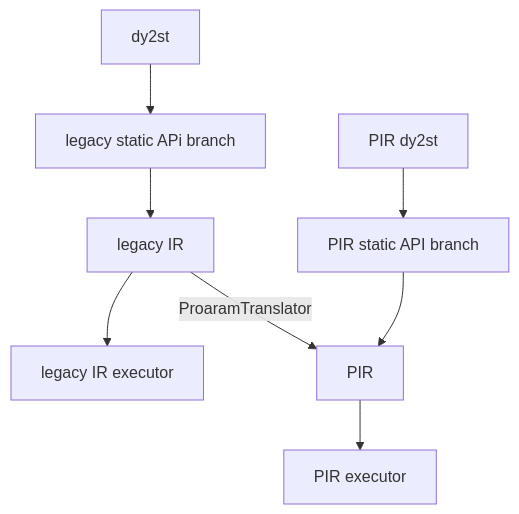
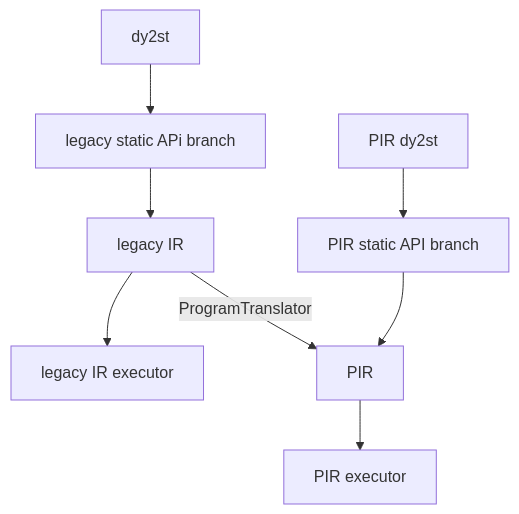
Before and after one commit to PFCCLab/Camp: the first of 2 diagrams in WeeklyReports/22_gouzil/[WeeklyReport]2023.10.25~2023.11.7.md, drawn with Mermaid. The commit also changed 1 other file, not shown here.

Commit message:
[WeeklyReport] gouzil 2023.11.22~2023.12.05 (#107)
---------

````diff
--- a/WeeklyReports/22_gouzil/[WeeklyReport]2023.10.25~2023.11.7.md
+++ b/WeeklyReports/22_gouzil/[WeeklyReport]2023.10.25~2023.11.7.md
@@ -174,12 +174,12 @@
 ```mermaid
 graph TB
     A[dy2st] --> B[legacy static APi branch] 
     B --> C[legacy IR]
     C --> D[legacy IR executor]
 
     E[PIR dy2st] --> F[PIR static API branch]
     F --> G[PIR]
     G --> H[PIR executor]
 
-    C -->|ProaramTranslator| G
+    C -->|ProgramTranslator| G
 ```
````
